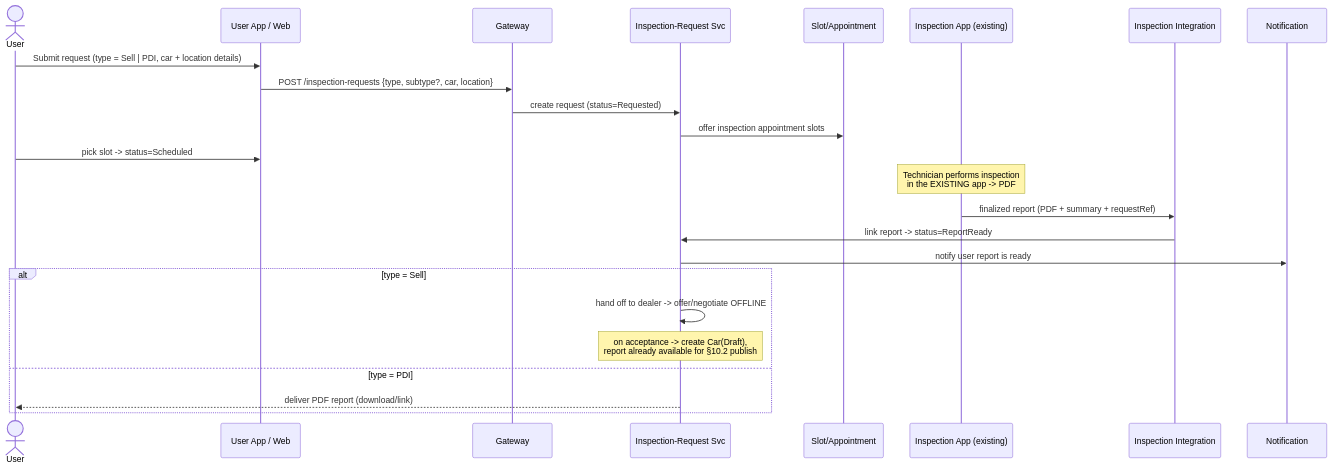
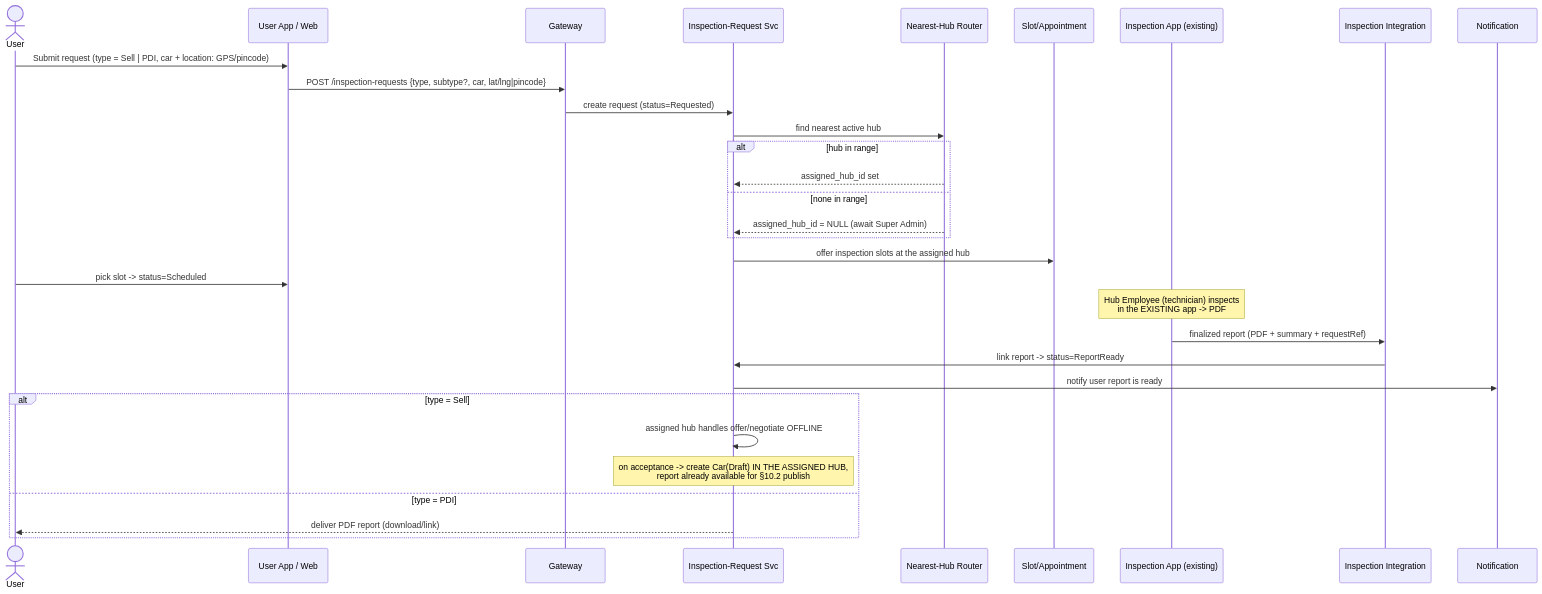
One commit to NiladriPadhy/AssureCars changed diagram 20 of 26 in Docs/Solution-Design-Document.md. Above: the diagram before and after it, drawn with Mermaid. The commit also changed other lines of this file and 7 other files, not shown here.

Commit message:
docs: update README and API documentation to reflect version 2.0 changes, including hub-centric role hierarchy, commission rate capture during consignor onboarding, and updated access controls for Admin and Inspection Apps

````diff
--- a/Docs/Solution-Design-Document.md
+++ b/Docs/Solution-Design-Document.md
@@ -1788,27 +1887,34 @@
 ```mermaid
 sequenceDiagram
     actor U as User
     participant C as User App / Web
     participant GW as Gateway
     participant IR as Inspection-Request Svc
+    participant ROUTE as Nearest-Hub Router
     participant SLOT as Slot/Appointment
     participant INS as Inspection App (existing)
     participant II as Inspection Integration
     participant N as Notification
 
-    U->>C: Submit request (type = Sell | PDI, car + location details)
-    C->>GW: POST /inspection-requests {type, subtype?, car, location}
+    U->>C: Submit request (type = Sell | PDI, car + location: GPS/pincode)
+    C->>GW: POST /inspection-requests {type, subtype?, car, lat/lng|pincode}
     GW->>IR: create request (status=Requested)
-    IR->>SLOT: offer inspection appointment slots
+    IR->>ROUTE: find nearest active hub
+    alt hub in range
+        ROUTE-->>IR: assigned_hub_id set
+    else none in range
+        ROUTE-->>IR: assigned_hub_id = NULL (await Super Admin)
+    end
+    IR->>SLOT: offer inspection slots at the assigned hub
     U->>C: pick slot -> status=Scheduled
-    Note over INS: Technician performs inspection<br/>in the EXISTING app -> PDF
+    Note over INS: Hub Employee (technician) inspects<br/>in the EXISTING app -> PDF
     INS->>II: finalized report (PDF + summary + requestRef)
     II->>IR: link report -> status=ReportReady
     IR->>N: notify user report is ready
     alt type = Sell
-        IR->>IR: hand off to dealer -> offer/negotiate OFFLINE
-        Note over IR: on acceptance -> create Car(Draft),<br/>report already available for §10.2 publish
+        IR->>IR: assigned hub handles offer/negotiate OFFLINE
+        Note over IR: on acceptance -> create Car(Draft) IN THE ASSIGNED HUB,<br/>report already available for §10.2 publish
     else type = PDI
         IR-->>U: deliver PDF report (download/link)
     end
 ```
````
